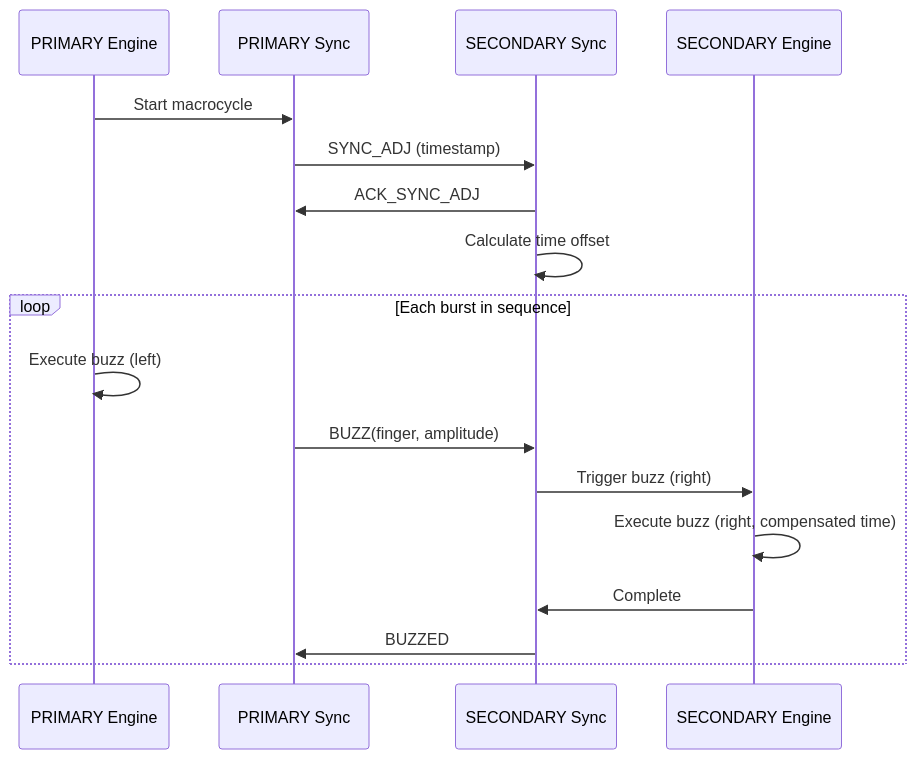
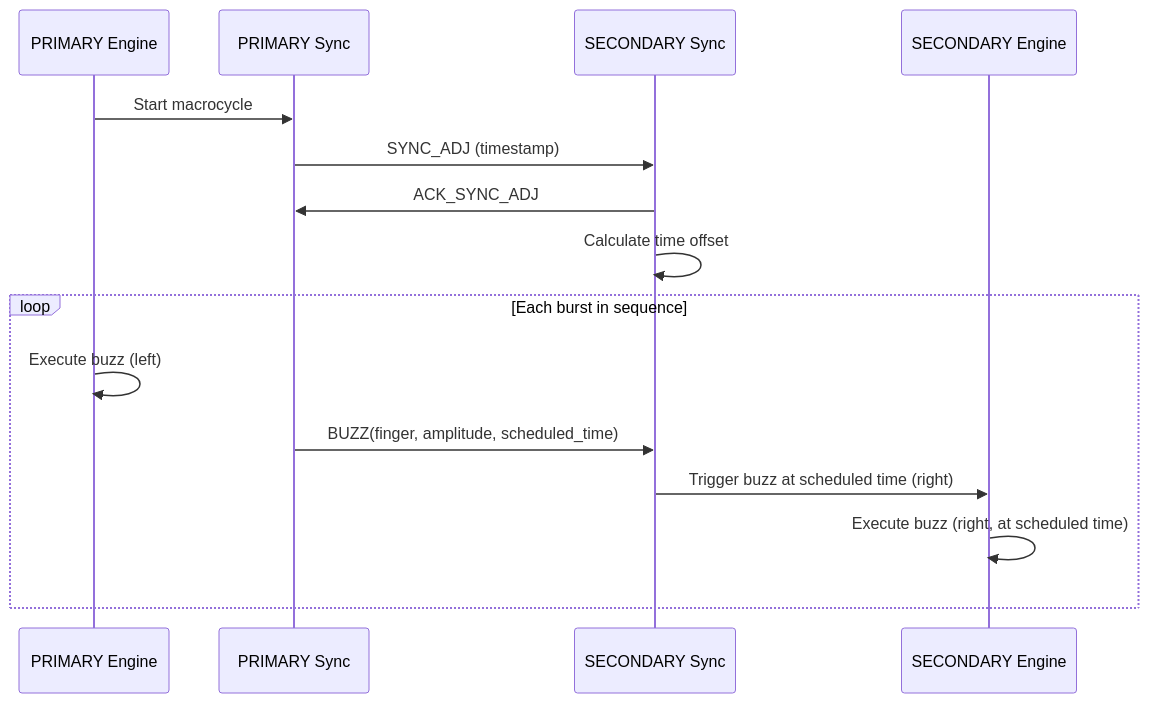
One commit to BlueBuzzah/BlueBuzzah2-Firmware changed the fifth of 5 diagrams in docs/ARCHITECTURE.md. Above: the diagram before and after it, drawn with Mermaid. The commit also changed other lines of this file and 14 other files, not shown here.

Commit message:
Removed 'BUZZED' ack messaging from protocol to remove unnecessary overhead in favor of time-based sync protocol

````diff
--- a/docs/ARCHITECTURE.md
+++ b/docs/ARCHITECTURE.md
@@ -1334,21 +1333,19 @@
 ```mermaid
 sequenceDiagram
     participant PE as PRIMARY Engine
     participant PS as PRIMARY Sync
     participant SS as SECONDARY Sync
     participant SE as SECONDARY Engine
 
     PE->>PS: Start macrocycle
     PS->>SS: SYNC_ADJ (timestamp)
     SS->>PS: ACK_SYNC_ADJ
     SS->>SS: Calculate time offset
 
     loop Each burst in sequence
         PE->>PE: Execute buzz (left)
-        PS->>SS: BUZZ(finger, amplitude)
-        SS->>SE: Trigger buzz (right)
-        SE->>SE: Execute buzz (right, compensated time)
-        SE->>SS: Complete
-        SS->>PS: BUZZED
+        PS->>SS: BUZZ(finger, amplitude, scheduled_time)
+        SS->>SE: Trigger buzz at scheduled time (right)
+        SE->>SE: Execute buzz (right, at scheduled time)
     end
 ```
````
